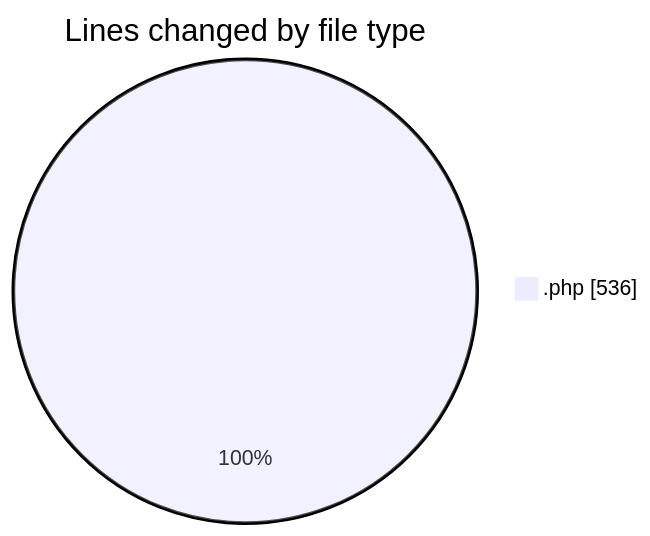
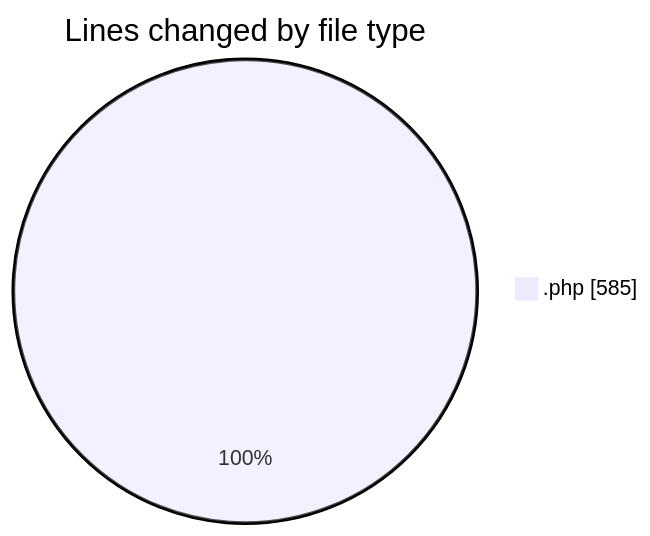
Before and after one commit to idhammustaqopulfikri/code-tracking: the first of 2 diagrams in 2025-05-28/studio-backend/README.md, drawn with Mermaid. The commit also changed other lines of this file and 1 other file, not shown here.

````diff
--- a/2025-05-28/studio-backend/README.md
+++ b/2025-05-28/studio-backend/README.md
@@ -30,5 +32,5 @@
 ```mermaid
 pie showData
 title Lines changed by file type
-".php" : 536
+".php" : 585
 ```
````
